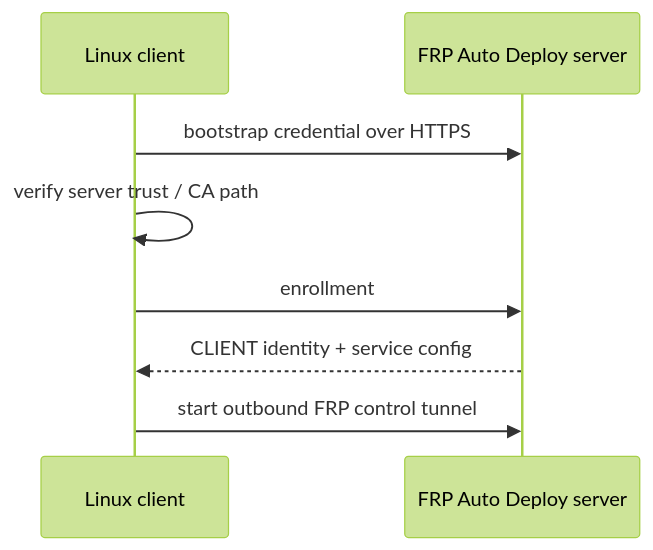
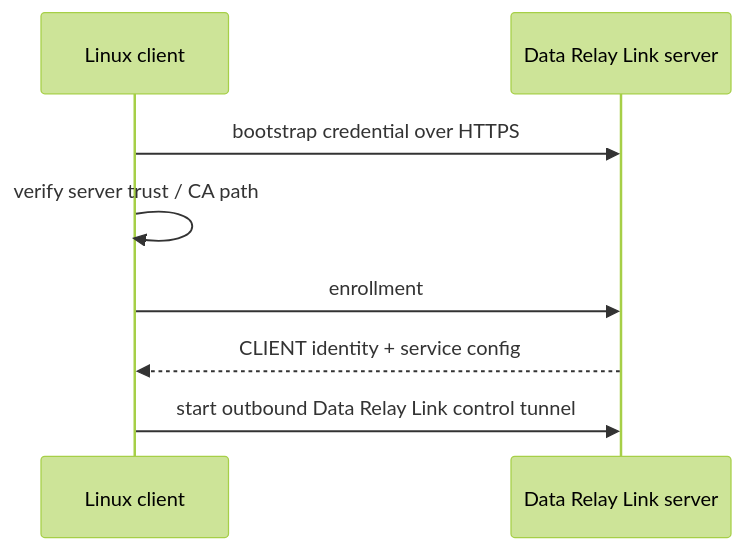
Before and after one commit to datarelay-labs/data-relay-link-docs: the second of 2 diagrams in getting-started/linux-client.mdx, drawn with Mermaid (forest theme). The commit also changed other lines of this file and 36 other files, not shown here.

````diff
--- a/getting-started/linux-client.mdx
+++ b/getting-started/linux-client.mdx
@@ -84,11 +84,11 @@
 ```mermaid
 sequenceDiagram
     participant C as Linux client
-    participant S as FRP Auto Deploy server
+    participant S as Data Relay Link server
 
     C->>S: bootstrap credential over HTTPS
     C->>C: verify server trust / CA path
     C->>S: enrollment
     S-->>C: CLIENT identity + service config
-    C->>S: start outbound FRP control tunnel
+    C->>S: start outbound Data Relay Link control tunnel
 ```
````
